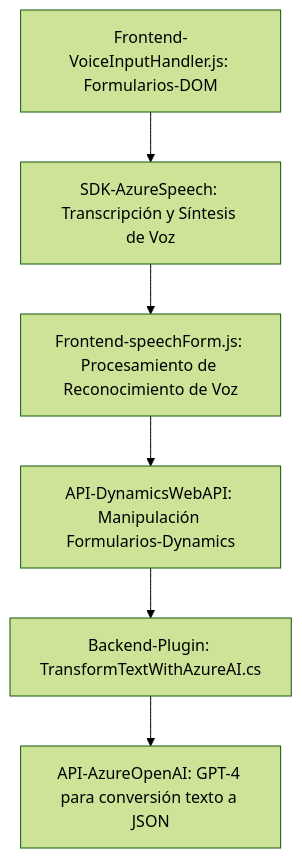
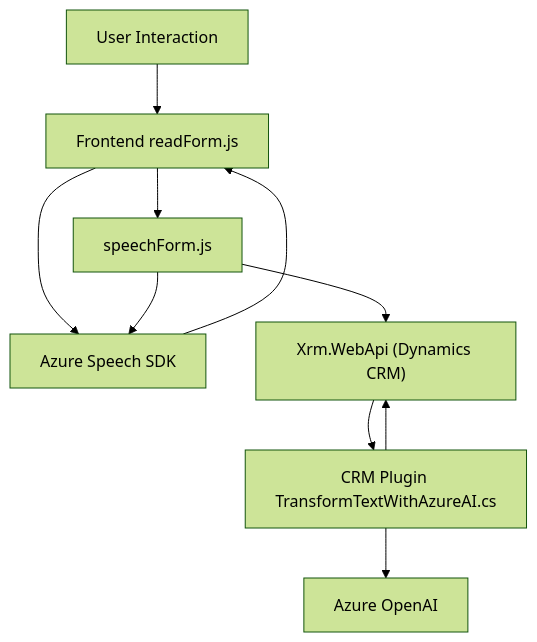
Before and after one commit to blopezdm/NETCORE_BILBAO2025: the diagram in README.md, drawn with Mermaid (forest theme). The commit also changed other lines of this file, not shown here.

````diff
--- a/README.md
+++ b/README.md
@@ -45,15 +47,12 @@
 ```mermaid
 graph TD
-    A["Frontend-VoiceInputHandler.js: Formularios-DOM"]
-    B["SDK-AzureSpeech: Transcripción y Síntesis de Voz"]
-    C["Frontend-speechForm.js: Procesamiento de Reconocimiento de Voz"]
-    D["API-DynamicsWebAPI: Manipulación Formularios-Dynamics"]
-    E["Backend-Plugin: TransformTextWithAzureAI.cs"]
-    F["API-AzureOpenAI: GPT-4 para conversión texto a JSON"]
-
-    A-->B
-    B-->C
-    C-->D
-    D-->E
-    E-->F
+    A["User Interaction"] --> B["Frontend readForm.js"]
+    B --> C["Azure Speech SDK"]
+    B --> D["speechForm.js"]
+    D --> C
+    D --> E["Xrm.WebApi (Dynamics CRM)"]
+    E --> F["CRM Plugin TransformTextWithAzureAI.cs"]
+    F --> G["Azure OpenAI"]
+    C --> B
+    F --> E
 ```
````
